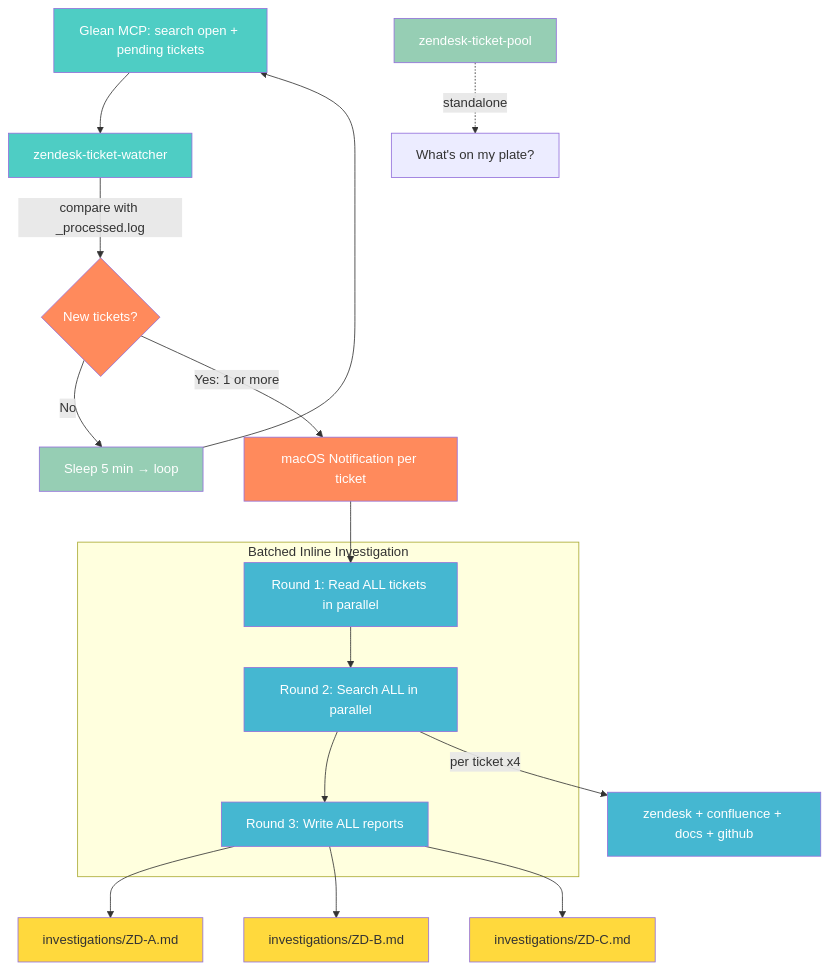
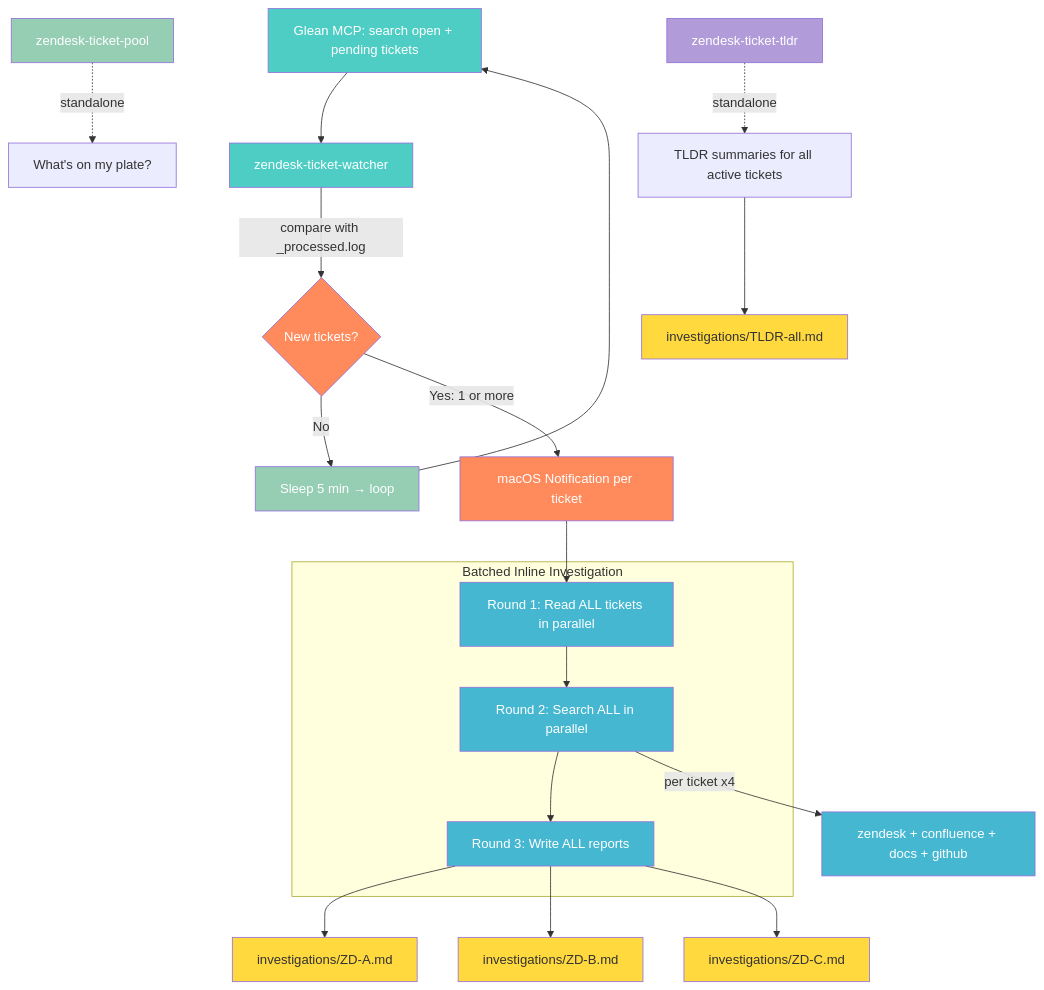
The diagram in README.md (ddalexvea/datadog-cursor-diagnose-skills), drawn with Mermaid before and after one commit. The commit also changed other lines of this file and 2 other files, not shown here.

Commit message:
Add zendesk-ticket-tldr skill for structured ticket summaries
Generates TLDR for all active tickets (open/pending/on hold) where the
agent has already responded. Includes: issue description, investigation
status, links/attachments, next steps, and what's needed from customer.

Made-with: Cursor

````diff
--- a/README.md
+++ b/README.md
@@ -56,36 +57,40 @@
 ```mermaid
 flowchart TD
     A[Glean MCP: search open + pending tickets] --> B[zendesk-ticket-watcher]
     B -->|compare with _processed.log| C{New tickets?}
     C -->|No| S[Sleep 5 min → loop]
     C -->|Yes: 1 or more| N[macOS Notification per ticket]
     N --> R1
 
     subgraph Batched Inline Investigation
         R1[Round 1: Read ALL tickets in parallel] --> R2[Round 2: Search ALL in parallel]
         R2 --> R3[Round 3: Write ALL reports]
     end
 
     R2 -->|per ticket x4| R2D[zendesk + confluence + docs + github]
     R3 --> F1[investigations/ZD-A.md]
     R3 --> F2[investigations/ZD-B.md]
     R3 --> F3[investigations/ZD-C.md]
 
     S --> A
 
     G[zendesk-ticket-pool] -.->|standalone| H[What's on my plate?]
+    T[zendesk-ticket-tldr] -.->|standalone| T1[TLDR summaries for all active tickets]
+    T1 --> T2[investigations/TLDR-all.md]
 
     style A fill:#4ecdc4,color:#fff
     style B fill:#4ecdc4,color:#fff
     style C fill:#ff8a5c,color:#fff
     style N fill:#ff8a5c,color:#fff
     style R1 fill:#45b7d1,color:#fff
     style R2 fill:#45b7d1,color:#fff
     style R3 fill:#45b7d1,color:#fff
     style R2D fill:#45b7d1,color:#fff
     style F1 fill:#ffd93d,color:#333
     style F2 fill:#ffd93d,color:#333
     style F3 fill:#ffd93d,color:#333
     style S fill:#96ceb4,color:#fff
     style G fill:#96ceb4,color:#fff
+    style T fill:#b19cd9,color:#fff
+    style T2 fill:#ffd93d,color:#333
 ```
````
